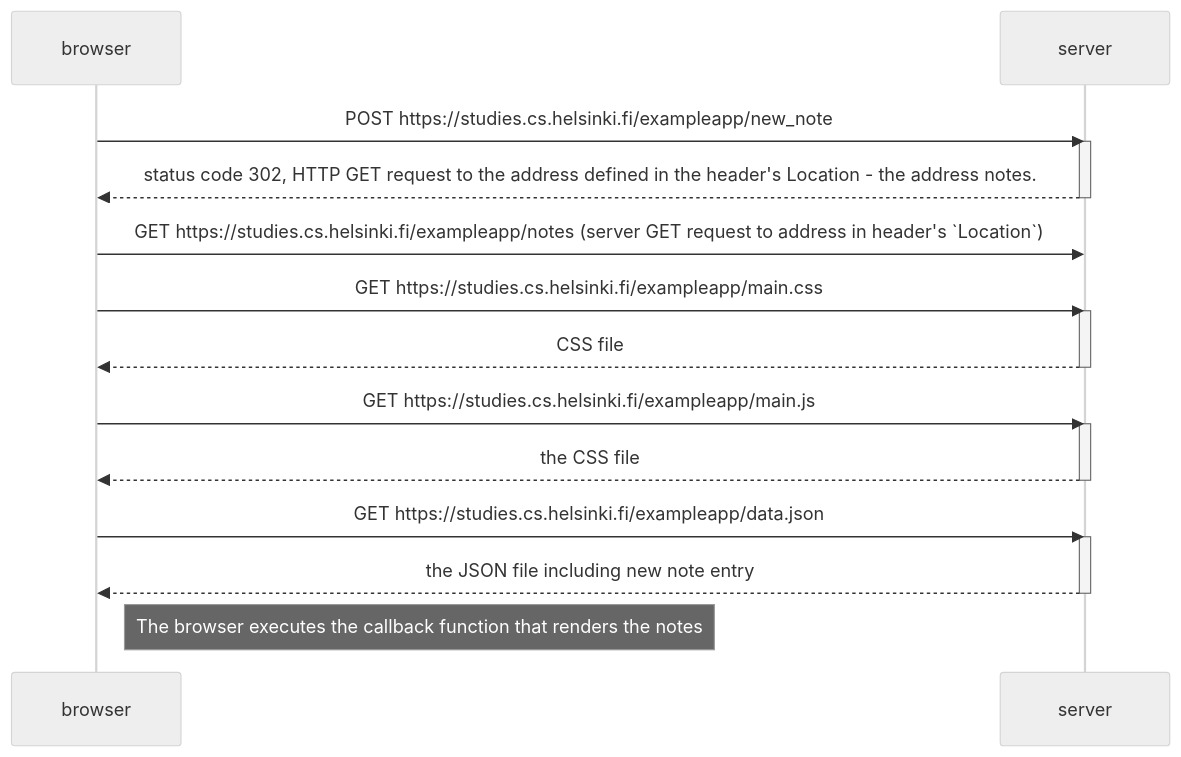
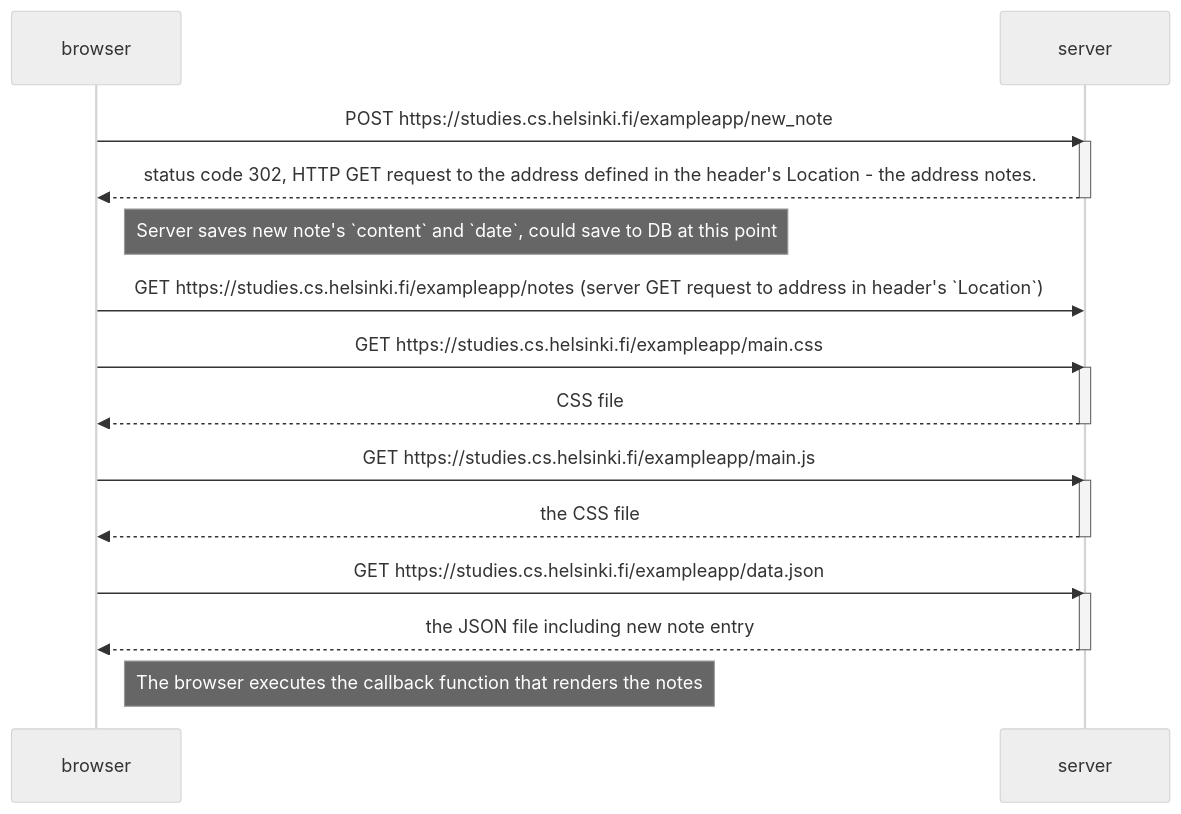
The second of 2 diagrams in part0/part0.md (npcrites/full_stack_open), drawn with Mermaid (neutral theme) before and after one commit. The commit also changed other lines of this file, not shown here.

````diff
--- a/part0/part0.md
+++ b/part0/part0.md
@@ -44,29 +44,30 @@
 ```mermaid
 sequenceDiagram
     participant browser
     participant server
 
     browser->>server: POST https://studies.cs.helsinki.fi/exampleapp/new_note
     activate server
     server-->>browser: status code 302, HTTP GET request to the address defined in the header's Location - the address notes.
     deactivate server
+    Note right of browser: Server saves new note's `content` and `date`, could save to DB at this point
 
     browser->>server: GET https://studies.cs.helsinki.fi/exampleapp/notes (server GET request to address in header's `Location`)
 
     browser->>server: GET https://studies.cs.helsinki.fi/exampleapp/main.css
     activate server
     server-->>browser: CSS file
     deactivate server
 
     browser->>server: GET https://studies.cs.helsinki.fi/exampleapp/main.js
     activate server
     server-->>browser: the CSS file
     deactivate server
 
     browser->>server: GET https://studies.cs.helsinki.fi/exampleapp/data.json
     activate server
     server-->>browser: the JSON file including new note entry
     deactivate server
 
     Note right of browser: The browser executes the callback function that renders the notes
 ```
````
